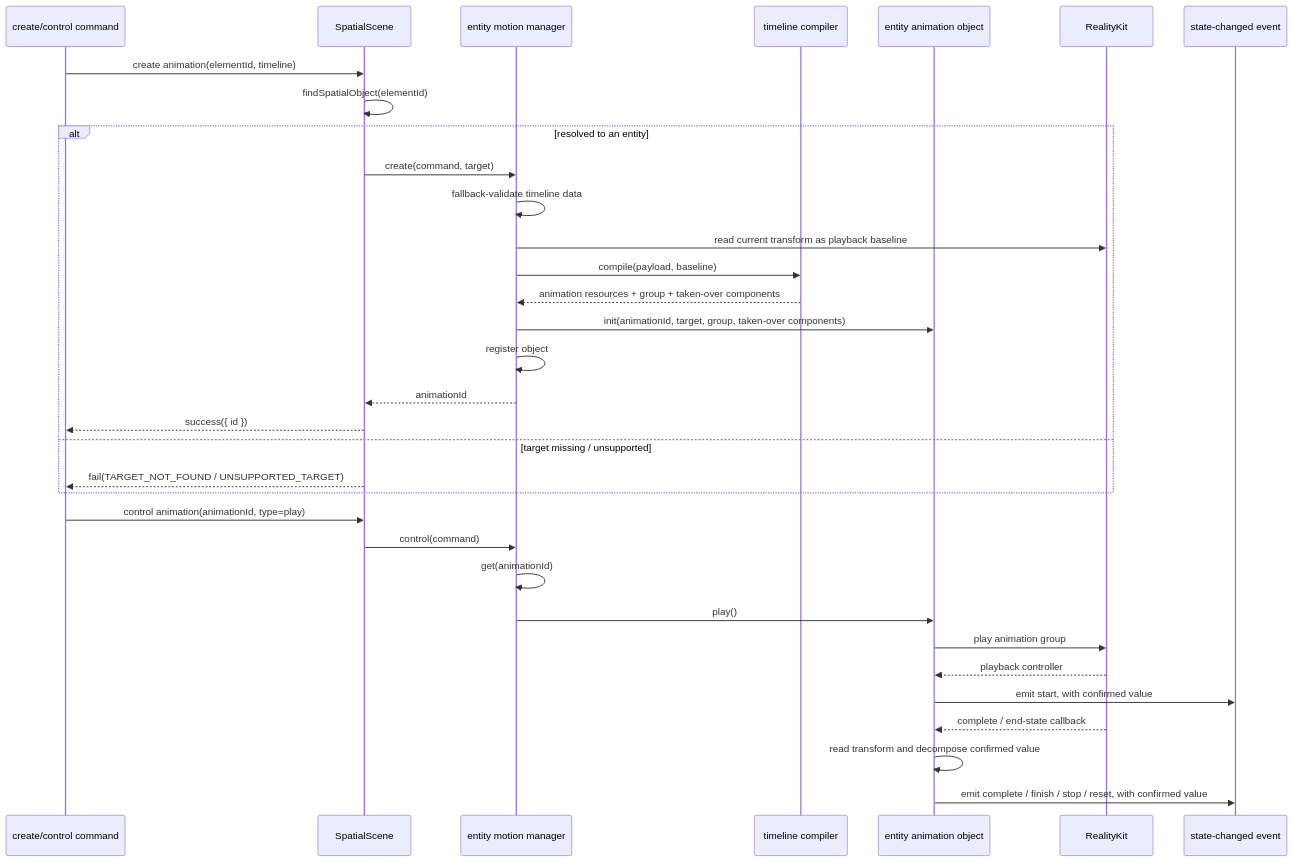
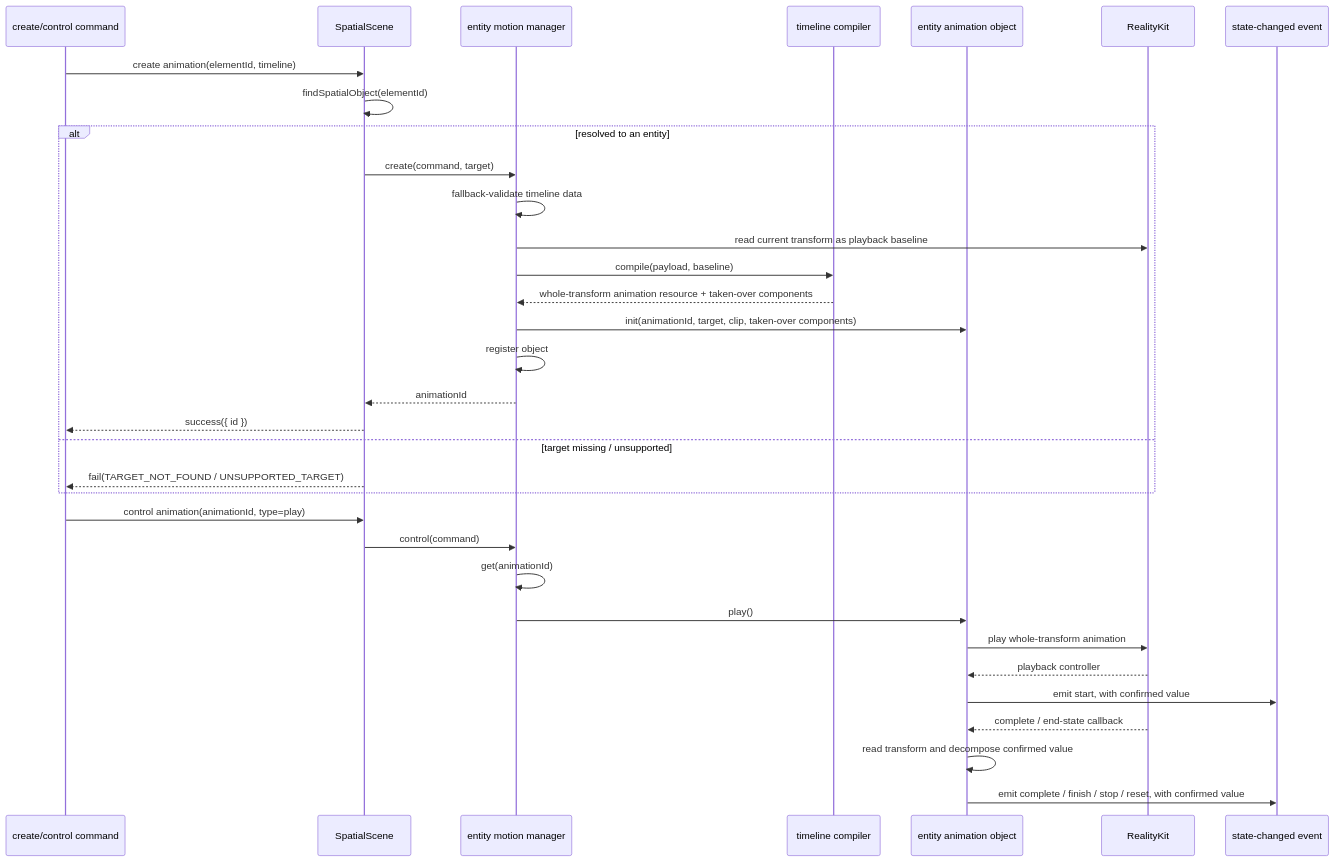
Before and after one commit to webspatial/webspatial-sdk: the eighth of 11 diagrams in openspec/changes/redesign-entity-motion-api/design.md, drawn with Mermaid. The commit also changed other lines of this file and 3 other files, not shown here.

````diff
--- a/openspec/changes/redesign-entity-motion-api/design.md
+++ b/openspec/changes/redesign-entity-motion-api/design.md
@@ -813,37 +792,37 @@
 ```mermaid
 sequenceDiagram
     participant JSB as create/control command
     participant Scene as SpatialScene
     participant Manager as entity motion manager
     participant Compiler as timeline compiler
     participant Obj as entity animation object
     participant RK as RealityKit
     participant Event as state-changed event
 
     JSB->>Scene: create animation(elementId, timeline)
     Scene->>Scene: findSpatialObject(elementId)
     alt resolved to an entity
         Scene->>Manager: create(command, target)
         Manager->>Manager: fallback-validate timeline data
         Manager->>RK: read current transform as playback baseline
         Manager->>Compiler: compile(payload, baseline)
-        Compiler-->>Manager: animation resources + group + taken-over components
-        Manager->>Obj: init(animationId, target, group, taken-over components)
+        Compiler-->>Manager: whole-transform animation resource + taken-over components
+        Manager->>Obj: init(animationId, target, clip, taken-over components)
         Manager->>Manager: register object
         Manager-->>Scene: animationId
         Scene-->>JSB: success({ id })
     else target missing / unsupported
         Scene-->>JSB: fail(TARGET_NOT_FOUND / UNSUPPORTED_TARGET)
     end
 
     JSB->>Scene: control animation(animationId, type=play)
     Scene->>Manager: control(command)
     Manager->>Manager: get(animationId)
     Manager->>Obj: play()
-    Obj->>RK: play animation group
+    Obj->>RK: play whole-transform animation
     RK-->>Obj: playback controller
     Obj->>Event: emit start, with confirmed value
     RK-->>Obj: complete / end-state callback
     Obj->>Obj: read transform and decompose confirmed value
     Obj->>Event: emit complete / finish / stop / reset, with confirmed value
 ```
````
